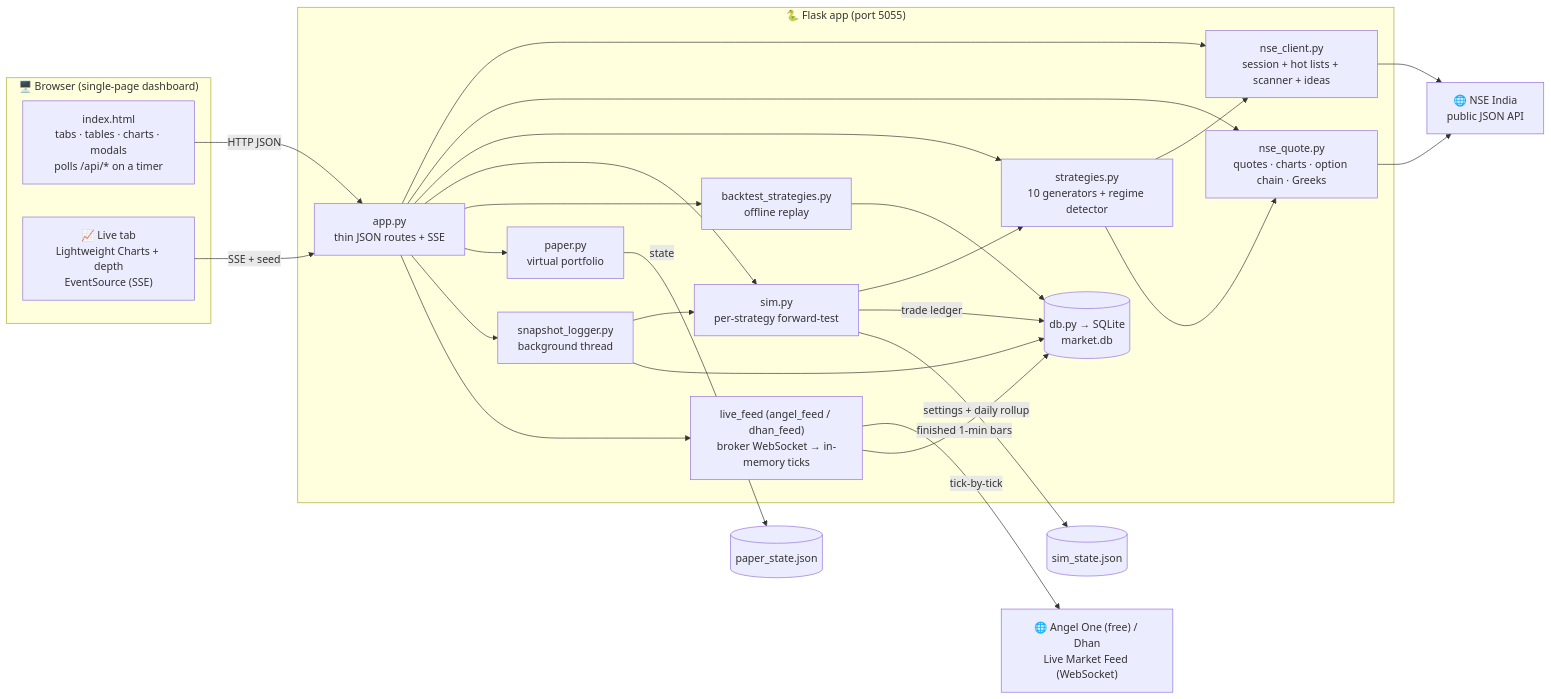
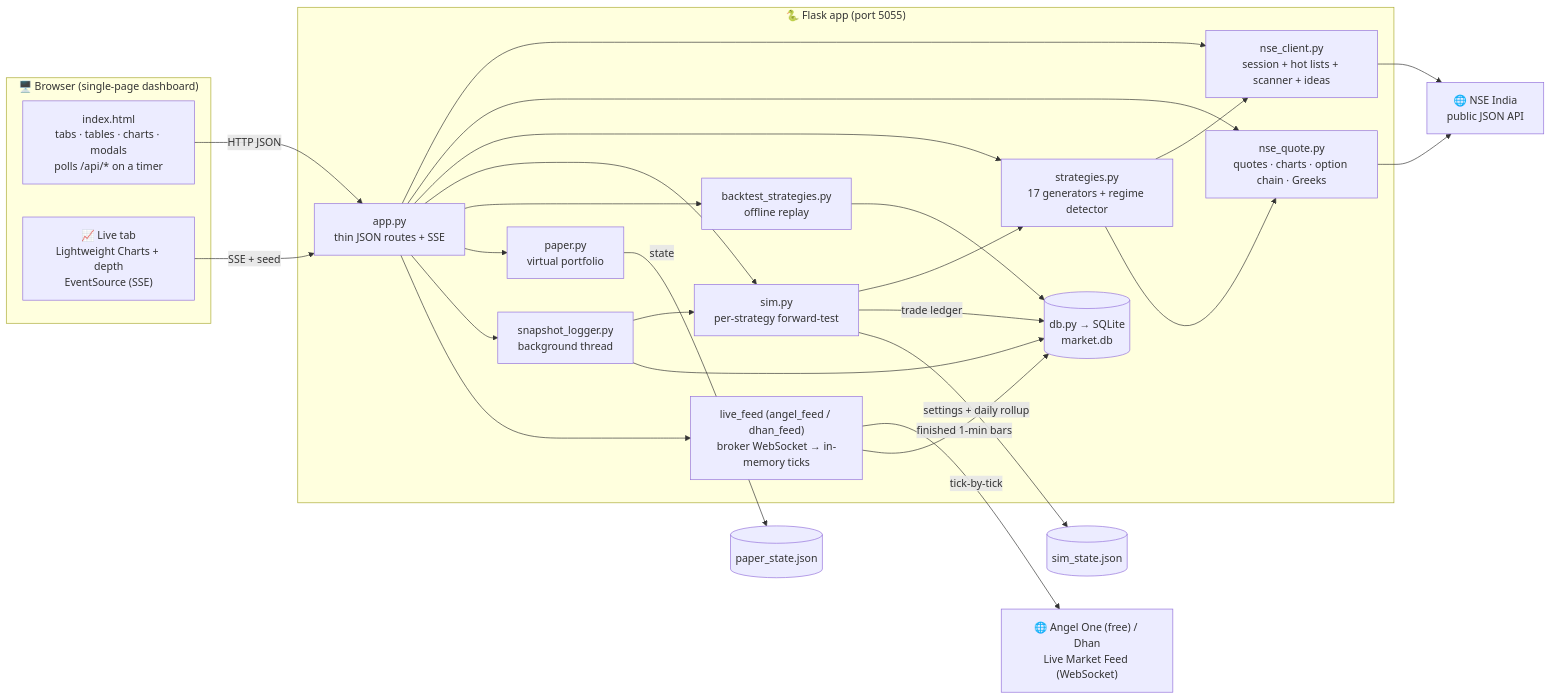
Before and after one commit to aakash-jain-1/nse-market-pulse: the second of 8 diagrams in README.md, drawn with Mermaid. The commit also changed other lines of this file and 6 other files, not shown here.

````diff
--- a/README.md
+++ b/README.md
@@ -181,38 +181,38 @@
 ```mermaid
 flowchart LR
     subgraph Browser["🖥️ Browser (single-page dashboard)"]
         UI["index.html<br/>tabs · tables · charts · modals<br/>polls /api/* on a timer"]
         LIVEUI["📈 Live tab<br/>Lightweight Charts + depth<br/>EventSource (SSE)"]
     end
 
     subgraph Server["🐍 Flask app (port 5055)"]
         APP["app.py<br/>thin JSON routes + SSE"]
         CORE["nse_client.py<br/>session + hot lists + scanner + ideas"]
         QUOTE["nse_quote.py<br/>quotes · charts · option chain · Greeks"]
-        STRAT["strategies.py<br/>10 generators + regime detector"]
+        STRAT["strategies.py<br/>17 generators + regime detector"]
         SIM["sim.py<br/>per-strategy forward-test"]
         BT["backtest_strategies.py<br/>offline replay"]
         PAPER["paper.py<br/>virtual portfolio"]
         LOG["snapshot_logger.py<br/>background thread"]
         FEED["live_feed (angel_feed / dhan_feed)<br/>broker WebSocket → in-memory ticks"]
         DB[("db.py → SQLite<br/>market.db")]
     end
 
     NSE["🌐 NSE India<br/>public JSON API"]
     BROKER["🌐 Angel One (free) / Dhan<br/>Live Market Feed (WebSocket)"]
 
     UI -->|HTTP JSON| APP
     LIVEUI -->|SSE + seed| APP
     APP --> CORE & QUOTE & STRAT & SIM & BT & PAPER & LOG & FEED
     CORE --> NSE
     QUOTE --> NSE
     STRAT --> CORE & QUOTE
     SIM --> STRAT
     BT --> DB
     LOG --> SIM & DB
     FEED -->|tick-by-tick| BROKER
     FEED -->|finished 1-min bars| DB
     SIM -->|trade ledger| DB
     SIM -->|settings + daily rollup| SIMJSON[("sim_state.json")]
     PAPER -->|state| PJSON[("paper_state.json")]
 ```
````
